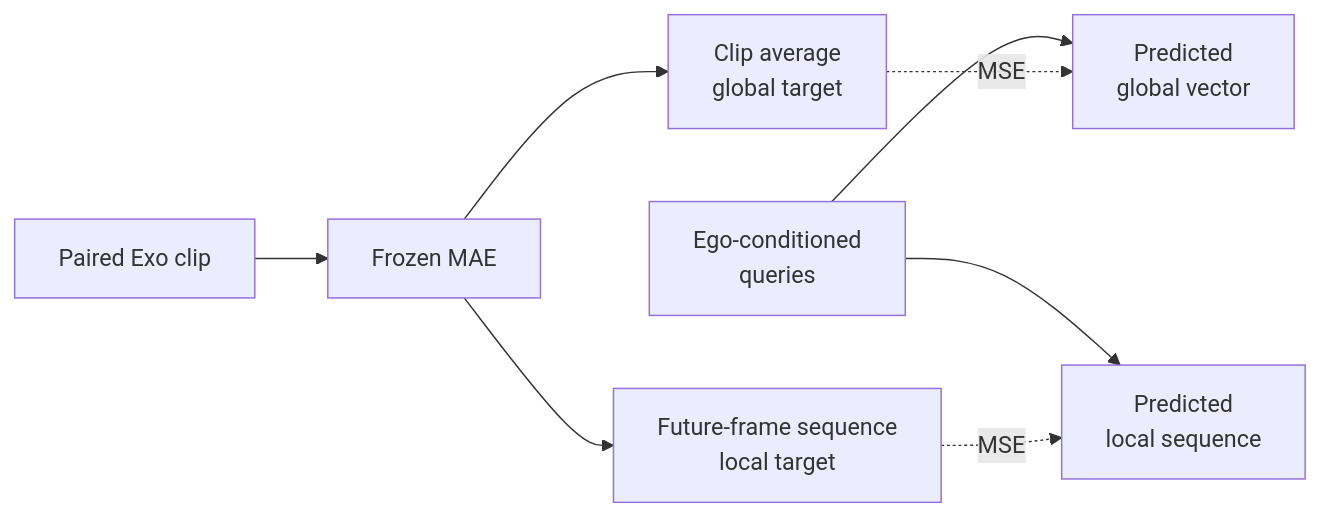
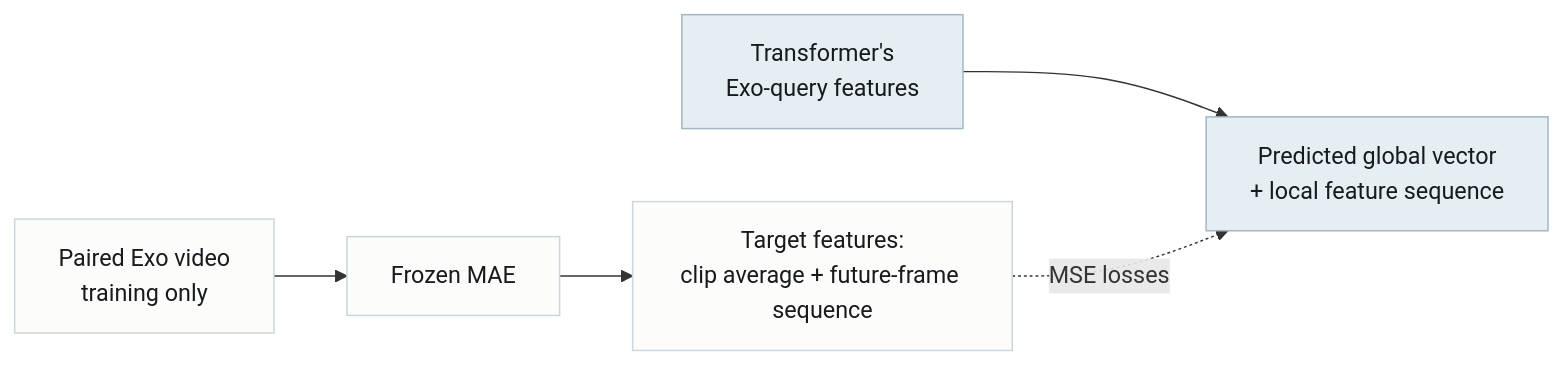
The diagram in presentation/exo2egopose/derm.mmd (nielspet04/R-D_Group2), drawn with Mermaid before and after one commit. The commit also changed 15 other files, not shown here.

Commit message:
flow change with extra chart

```diff
--- a/presentation/exo2egopose/derm.mmd
+++ b/presentation/exo2egopose/derm.mmd
@@ -1,8 +1,9 @@
 flowchart LR
- X["Paired Exo clip"] --> M["Frozen MAE"]
- M --> G["Clip average<br/>global target"]
- M --> L["Future-frame sequence<br/>local target"]
- Q["Ego-conditioned<br/>queries"] --> PG["Predicted<br/>global vector"]
- Q --> PL["Predicted<br/>local sequence"]
- G -. "MSE" .-> PG
- L -. "MSE" .-> PL
+ X["Paired Exo video<br/>training only"] --> M["Frozen MAE"]
+ M --> Y["Target features:<br/>clip average + future-frame sequence"]
+ Q["Transformer's<br/>Exo-query features"] --> P["Predicted global vector<br/>+ local feature sequence"]
+ Y -. "MSE losses" .-> P
+ classDef target fill:#FCFCFA,stroke:#CBD5DA,color:#171B1E
+ classDef predicted fill:#E5EEF2,stroke:#9FB6C3,color:#171B1E
+ class X,M,Y target
+ class Q,P predicted
```
